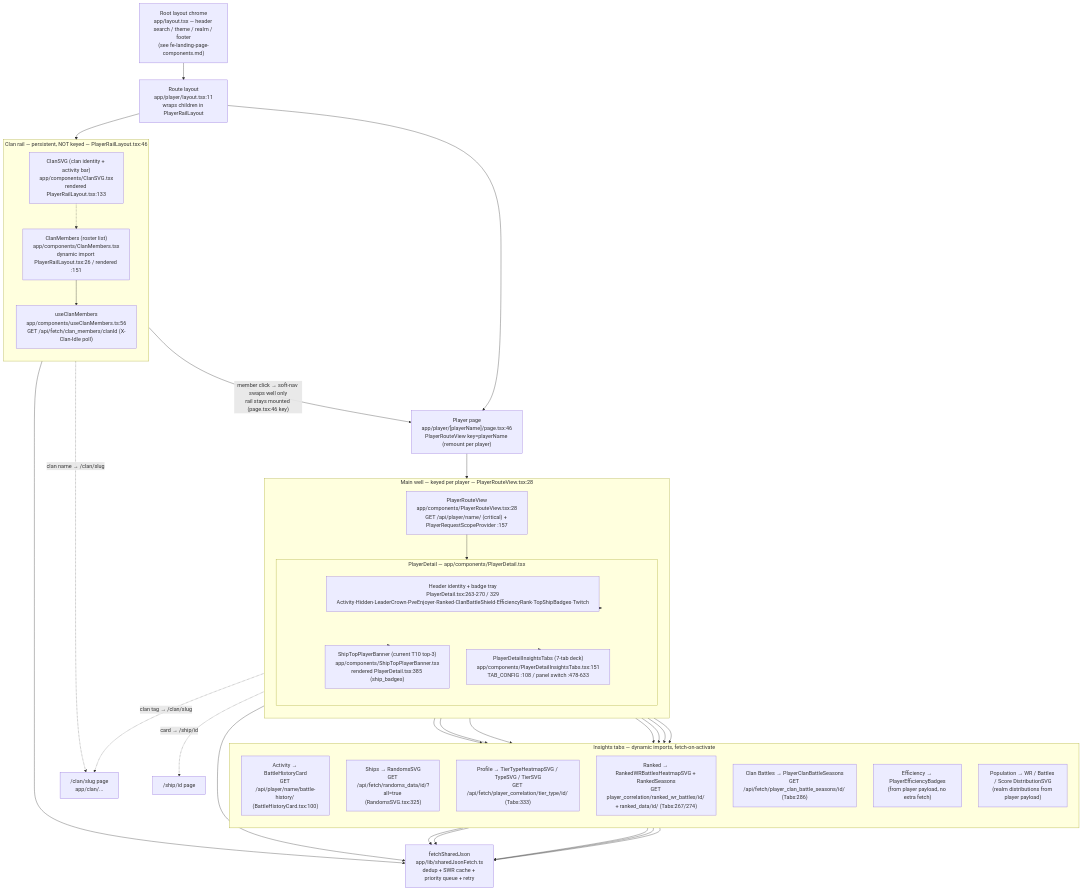
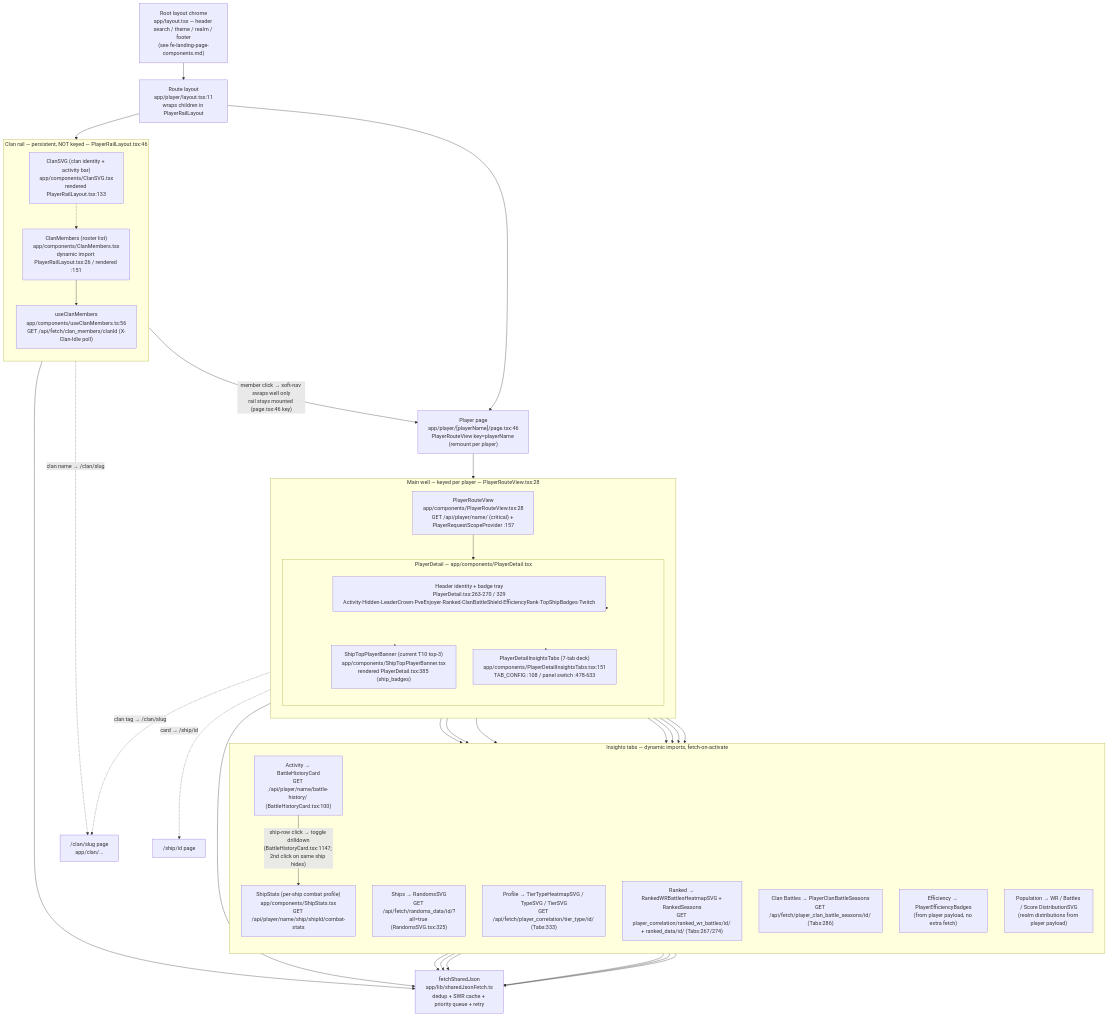
Before and after one commit to nitro-panks/battlestats: the diagram in agents/diagrams/fe-player-page-components.md, drawn with Mermaid. The commit also changed other lines of this file, not shown here.

First line of the commit message:
docs(diagram): add ShipStats per-ship drilldown to player-page component diagram

````diff
--- a/agents/diagrams/fe-player-page-components.md
+++ b/agents/diagrams/fe-player-page-components.md
@@ -12,79 +14,82 @@
 ```mermaid
 flowchart TD
     CHROME["Root layout chrome<br/>app/layout.tsx — header search / theme / realm / footer<br/>(see fe-landing-page-components.md)"]
 
     %% ---- Route shell ----
     LAYOUT["Route layout<br/>app/player/layout.tsx:11<br/>wraps children in PlayerRailLayout"]
     PAGE["Player page<br/>app/player/[playerName]/page.tsx:46<br/>PlayerRouteView key=playerName (remount per player)"]
 
     %% ---- Clan rail (stays mounted across soft-nav) ----
     subgraph RAIL["Clan rail — persistent, NOT keyed — PlayerRailLayout.tsx:46"]
         direction TB
         CLANSVG["ClanSVG (clan identity + activity bar)<br/>app/components/ClanSVG.tsx<br/>rendered PlayerRailLayout.tsx:133"]
         CLANMEMBERS["ClanMembers (roster list)<br/>app/components/ClanMembers.tsx<br/>dynamic import PlayerRailLayout.tsx:26 / rendered :151"]
         CLANHOOK["useClanMembers<br/>app/components/useClanMembers.ts:56<br/>GET /api/fetch/clan_members/clanId (X-Clan-Idle poll)"]
     end
 
     %% ---- Main well (keyed, remounts per player) ----
     subgraph WELL["Main well — keyed per player — PlayerRouteView.tsx:28"]
         direction TB
         ROUTEVIEW["PlayerRouteView<br/>app/components/PlayerRouteView.tsx:28<br/>GET /api/player/name/ (critical) + PlayerRequestScopeProvider :157"]
 
         subgraph DETAIL["PlayerDetail — app/components/PlayerDetail.tsx"]
             direction TB
             HEADER["Header identity + badge tray<br/>PlayerDetail.tsx:263-270 / 329<br/>Activity·Hidden·LeaderCrown·PveEnjoyer·Ranked·ClanBattleShield·EfficiencyRank·TopShipBadges·Twitch"]
             BANNER["ShipTopPlayerBanner (current T10 top-3)<br/>app/components/ShipTopPlayerBanner.tsx<br/>rendered PlayerDetail.tsx:385 (ship_badges)"]
             TABS["PlayerDetailInsightsTabs (7-tab deck)<br/>app/components/PlayerDetailInsightsTabs.tsx:151<br/>TAB_CONFIG :108 / panel switch :478-633"]
         end
     end
 
     %% ---- Tabs (each lazy-loaded, fetch on activate) ----
     subgraph TABDECK["Insights tabs — dynamic imports, fetch-on-activate"]
         direction TB
         T_ACT["Activity → BattleHistoryCard<br/>GET /api/player/name/battle-history/ (BattleHistoryCard.tsx:100)"]
+        T_SHIPSTATS["ShipStats (per-ship combat profile)<br/>app/components/ShipStats.tsx<br/>GET /api/player/name/ship/shipId/combat-stats"]
         T_SHIPS["Ships → RandomsSVG<br/>GET /api/fetch/randoms_data/id/?all=true (RandomsSVG.tsx:325)"]
         T_PROFILE["Profile → TierTypeHeatmapSVG / TypeSVG / TierSVG<br/>GET /api/fetch/player_correlation/tier_type/id/ (Tabs:333)"]
         T_RANKED["Ranked → RankedWRBattlesHeatmapSVG + RankedSeasons<br/>GET player_correlation/ranked_wr_battles/id/ + ranked_data/id/ (Tabs:267/274)"]
         T_CB["Clan Battles → PlayerClanBattleSeasons<br/>GET /api/fetch/player_clan_battle_seasons/id/ (Tabs:286)"]
         T_EFF["Efficiency → PlayerEfficiencyBadges<br/>(from player payload, no extra fetch)"]
         T_POP["Population → WR / Battles / Score DistributionSVG<br/>(realm distributions from player payload)"]
     end
 
     FETCH["fetchSharedJson<br/>app/lib/sharedJsonFetch.ts<br/>dedup + SWR cache + priority queue + retry"]
 
     %% ---- structural edges ----
     CHROME --> LAYOUT
     LAYOUT --> RAIL
     LAYOUT --> PAGE
     PAGE --> WELL
 
     CLANSVG -.-> CLANMEMBERS
     CLANMEMBERS --> CLANHOOK
 
     ROUTEVIEW --> DETAIL
     DETAIL --> HEADER
     DETAIL --> BANNER
     DETAIL --> TABS
 
     TABS --> T_ACT
     TABS --> T_SHIPS
     TABS --> T_PROFILE
     TABS --> T_RANKED
     TABS --> T_CB
     TABS --> T_EFF
     TABS --> T_POP
 
     %% ---- nav + data edges ----
+    T_ACT -- "ship-row click → toggle drilldown<br/>(BattleHistoryCard.tsx:1147; 2nd click on same ship hides)" --> T_SHIPSTATS
     CLANMEMBERS -- "member click → soft-nav swaps well only<br/>rail stays mounted (page.tsx:46 key)" --> PAGE
     CLANSVG -. "clan name → /clan/slug" .-> CLANPAGE["/clan/slug page<br/>app/clan/..."]
     HEADER -. "clan tag → /clan/slug" .-> CLANPAGE
     BANNER -. "card → /ship/id" .-> SHIPPAGE["/ship/id page"]
 
     ROUTEVIEW --> FETCH
     CLANHOOK --> FETCH
     T_ACT --> FETCH
+    T_SHIPSTATS --> FETCH
     T_SHIPS --> FETCH
     T_PROFILE --> FETCH
     T_RANKED --> FETCH
     T_CB --> FETCH
 ```
````
